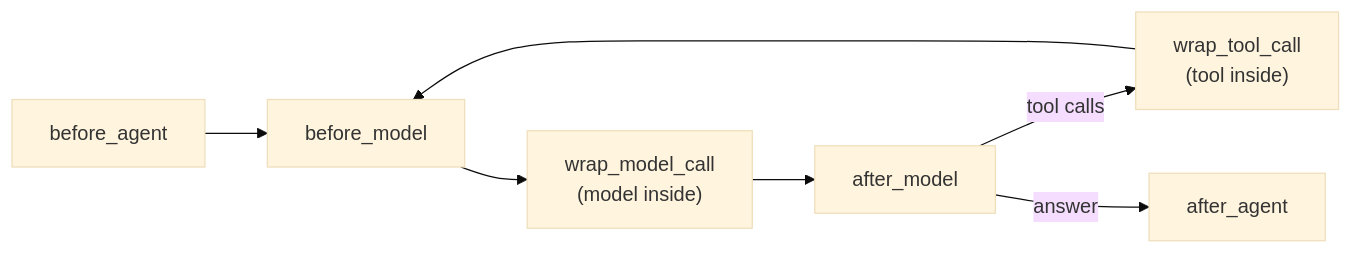
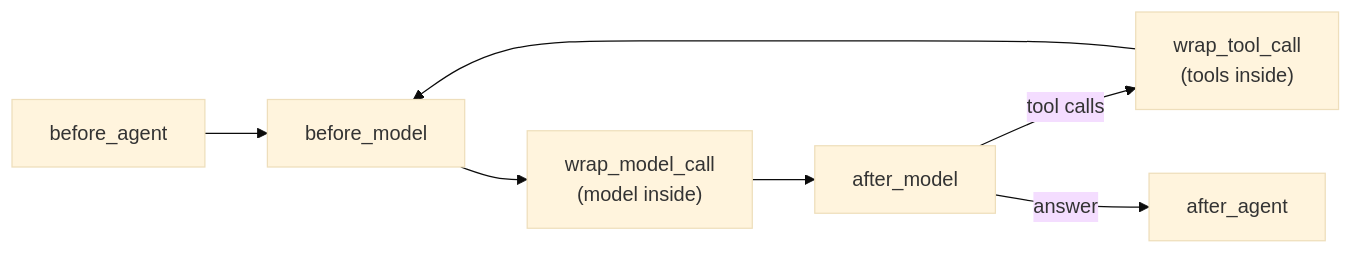
The diagram in content/LangChain/Hooks in LangChain.md (jacopomanenti01/hackathon-notes), drawn with Mermaid (base theme) before and after one commit. The commit also changed other lines of this file and 18 other files, not shown here.

````diff
--- a/content/LangChain/Hooks in LangChain.md
+++ b/content/LangChain/Hooks in LangChain.md
@@ -29,6 +32,6 @@
 ```mermaid
 flowchart LR
     BA["before_agent"] --> BM["before_model"] --> WM["wrap_model_call<br/>(model inside)"] --> AM["after_model"]
-    AM -->|tool calls| WT["wrap_tool_call<br/>(tool inside)"] --> BM
+    AM -->|tool calls| WT["wrap_tool_call<br/>(tools inside)"] --> BM
     AM -->|answer| AA["after_agent"]
 ```
````
